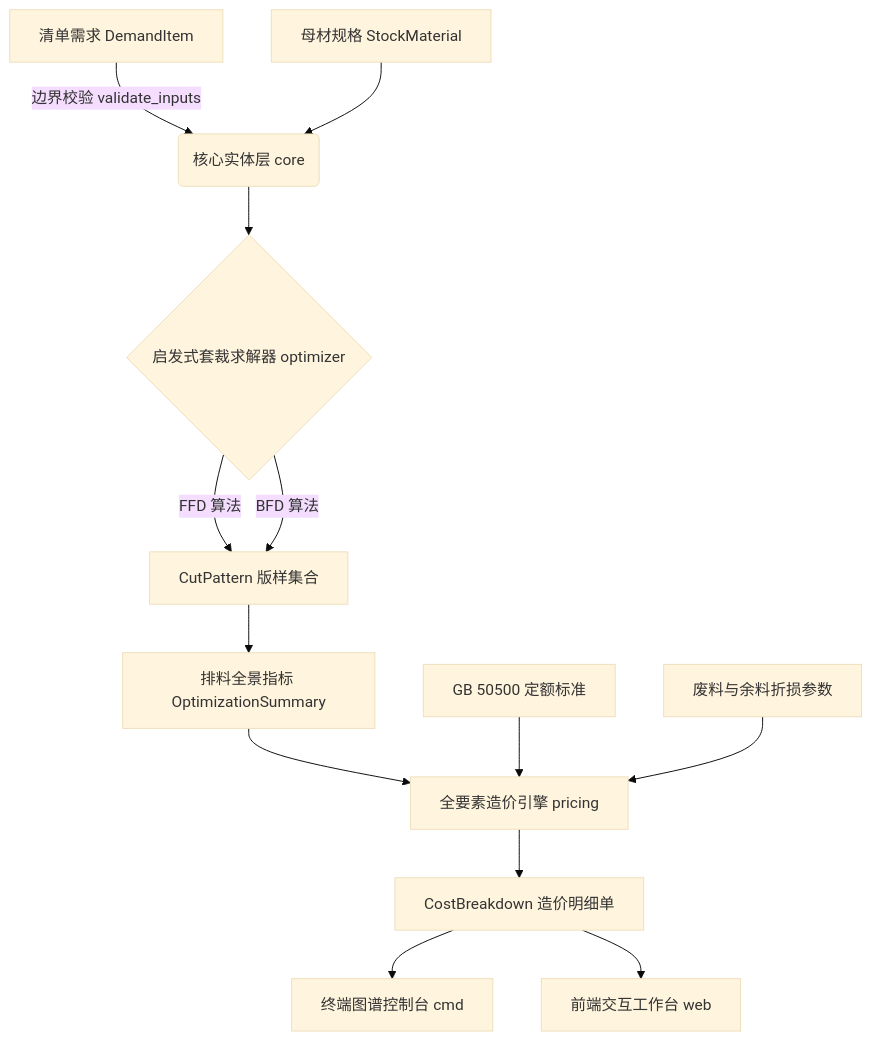
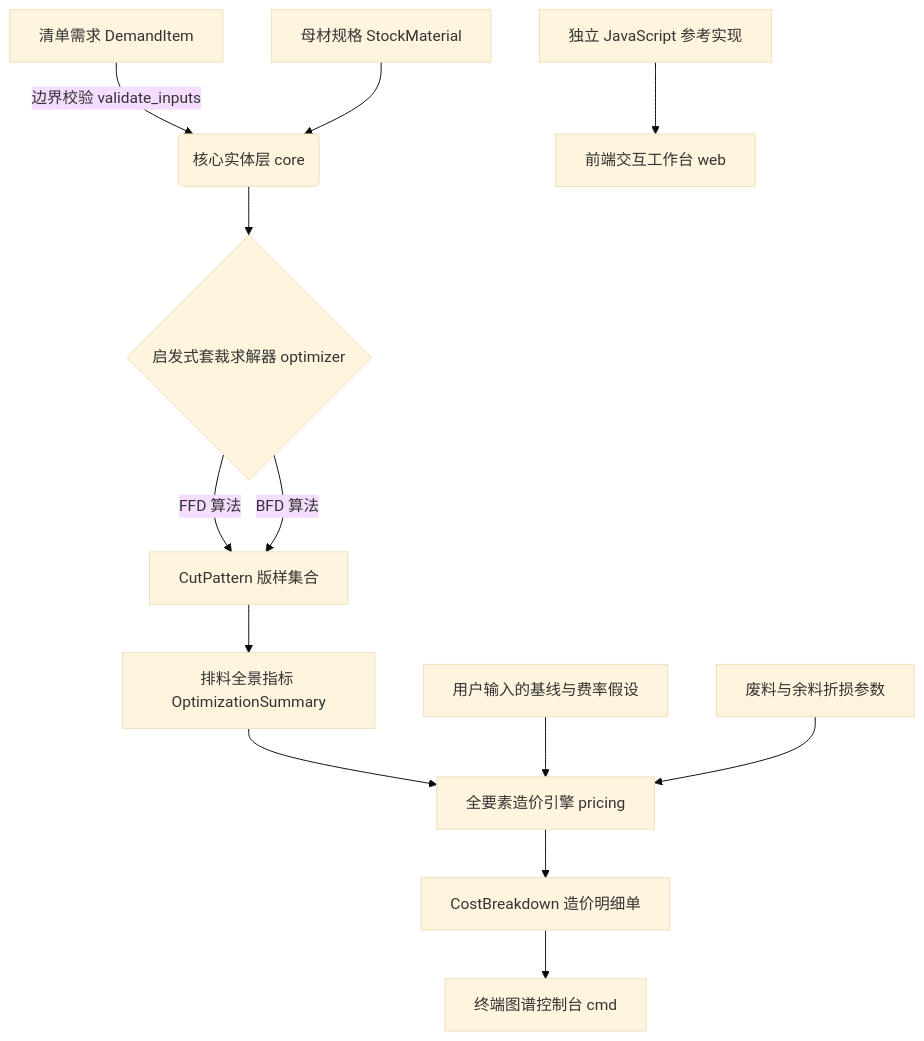
The diagram in README.md (Wchwch777/Scantling), drawn with Mermaid (base theme) before and after one commit. The commit also changed other lines of this file and 13 other files, not shown here.

````diff
--- a/README.md
+++ b/README.md
@@ -49,15 +43,15 @@
 ```mermaid
 graph TD
     A[清单需求 DemandItem] -->|边界校验 validate_inputs| B(核心实体层 core)
     S[母材规格 StockMaterial] --> B
     B --> C{启发式套裁求解器 optimizer}
     C -->|FFD 算法| D[CutPattern 版样集合]
     C -->|BFD 算法| D
     D --> E[排料全景指标 OptimizationSummary]
     E --> F[全要素造价引擎 pricing]
-    Q[GB 50500 定额标准] --> F
+    Q[用户输入的基线与费率假设] --> F
     M[废料与余料折损参数] --> F
     F --> G[CostBreakdown 造价明细单]
     G --> H[终端图谱控制台 cmd]
-    G --> I[前端交互工作台 web]
+    J[独立 JavaScript 参考实现] --> I[前端交互工作台 web]
 ```
````
